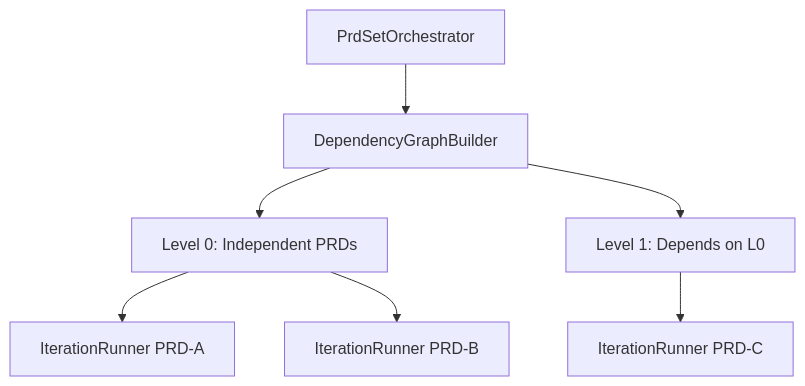
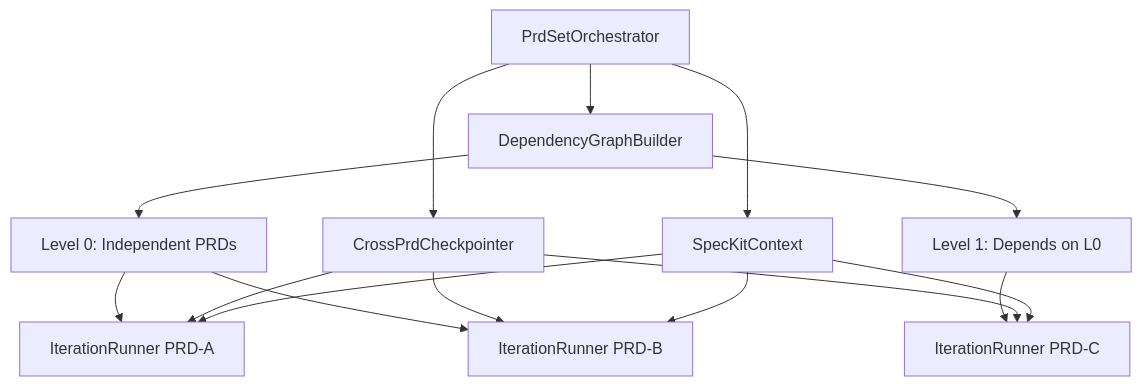
One commit to jienckebd/dev-loop changed the first of 2 diagrams in docs/contributing/ARCHITECTURE.md. Above: the diagram before and after it, drawn with Mermaid. The commit also changed other lines of this file and 32 other files, not shown here.

````diff
--- a/docs/contributing/ARCHITECTURE.md
+++ b/docs/contributing/ARCHITECTURE.md
@@ -271,9 +380,18 @@
 ```mermaid
 flowchart TB
-    PSO[PrdSetOrchestrator] --> DG[DependencyGraphBuilder]
-    DG --> L0[Level 0: Independent PRDs]
-    DG --> L1[Level 1: Depends on L0]
-    L0 --> IR1[IterationRunner PRD-A]
-    L0 --> IR2[IterationRunner PRD-B]
-    L1 --> IR3[IterationRunner PRD-C]
+    PSO["PrdSetOrchestrator"]
+    PSO --> SK["SpecKitContext"]
+    PSO --> CPC["CrossPrdCheckpointer"]
+    PSO --> DG["DependencyGraphBuilder"]
+    DG --> L0["Level 0: Independent PRDs"]
+    DG --> L1["Level 1: Depends on L0"]
+    L0 --> IR1["IterationRunner PRD-A"]
+    L0 --> IR2["IterationRunner PRD-B"]
+    L1 --> IR3["IterationRunner PRD-C"]
+    CPC --> IR1
+    CPC --> IR2
+    CPC --> IR3
+    SK --> IR1
+    SK --> IR2
+    SK --> IR3
 ```
````
